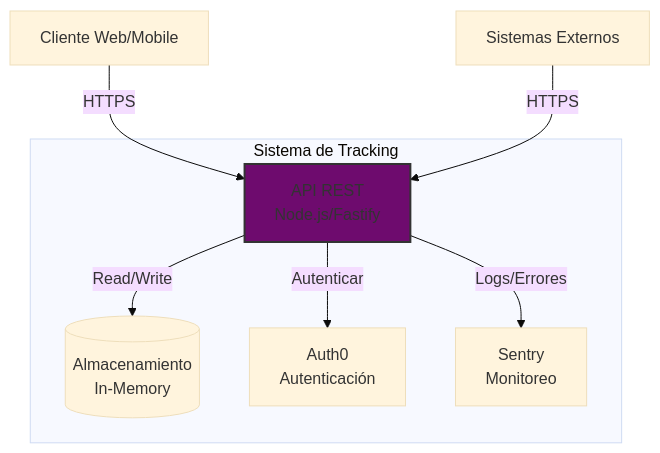
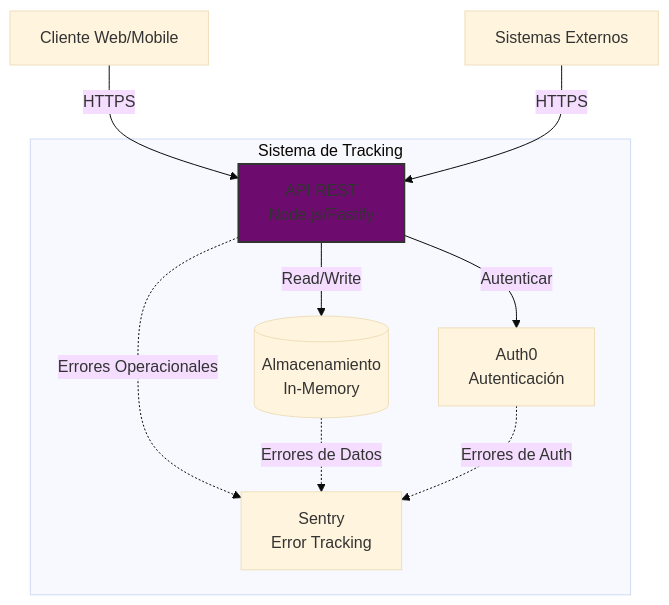
The second of 4 diagrams in ARCHITECTURE.md (otherside9710/tracking-api), drawn with Mermaid (base theme) before and after one commit. The commit also changed other lines of this file, not shown here.

Commit message:
docs: update architecture md

````diff
--- a/ARCHITECTURE.md
+++ b/ARCHITECTURE.md
@@ -28,20 +28,22 @@
 ```mermaid
 graph TB
     subgraph "Sistema de Tracking"
         API[API REST<br/>Node.js/Fastify]
         Storage[(Almacenamiento<br/>In-Memory)]
         Auth[Auth0<br/>Autenticación]
-        Sentry[Sentry<br/>Monitoreo]
+        Sentry[Sentry<br/>Error Tracking]
     end
     
     Client[Cliente Web/Mobile]
     ExtSystems[Sistemas Externos]
     
     Client -->|HTTPS| API
     ExtSystems -->|HTTPS| API
     API -->|Read/Write| Storage
     API -->|Autenticar| Auth
-    API -->|Logs/Errores| Sentry
+    API -.->|Errores Operacionales| Sentry
+    Storage -.->|Errores de Datos| Sentry
+    Auth -.->|Errores de Auth| Sentry
     
     style API fill:#6E0B6E,stroke:#333,stroke-width:2px
 ```
````
